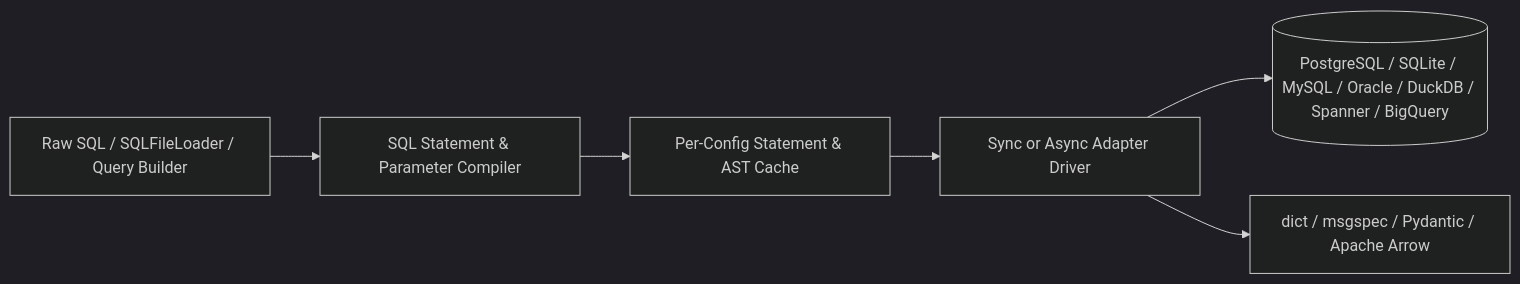
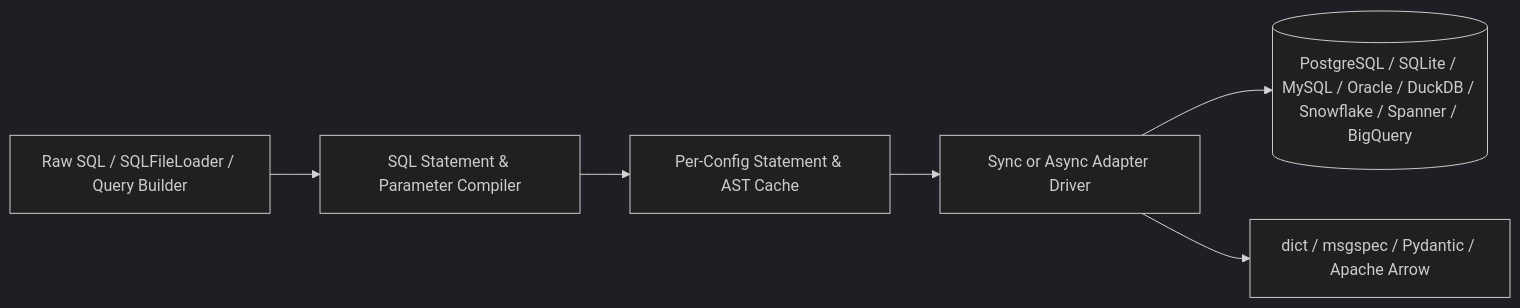
The diagram in docs/index.md (litestar-org/sqlspec), drawn with Mermaid (dark theme) before and after one commit. The commit also changed other lines of this file and 422 other files, not shown here.

````diff
--- a/docs/index.md
+++ b/docs/index.md
@@ -114,8 +114,8 @@
 ```mermaid
 flowchart LR
     SQL["Raw SQL / SQLFileLoader / Query Builder"] --> Compiler["SQL Statement & Parameter Compiler"]
     Compiler --> Cache["Per-Config Statement & AST Cache"]
     Cache --> Driver["Sync or Async Adapter Driver"]
-    Driver --> DB[("PostgreSQL / SQLite / MySQL / Oracle / DuckDB / Spanner / BigQuery")]
+    Driver --> DB[("PostgreSQL / SQLite / MySQL / Oracle / DuckDB / Snowflake / Spanner / BigQuery")]
     Driver --> Output["dict / msgspec / Pydantic / Apache Arrow"]
 ```
````
